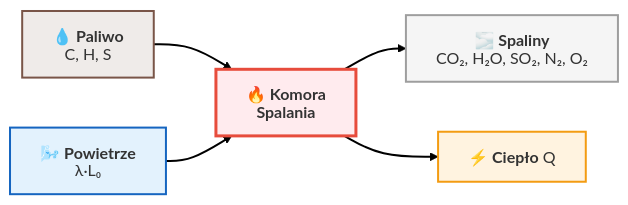
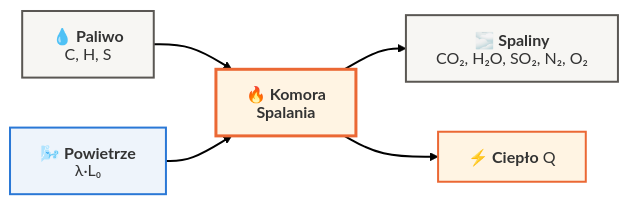
The first of 6 diagrams in Wyklady/15_Spalanie_Egzergia.qmd (moondec/Termodynamika), drawn with Mermaid before and after one commit. The commit also changed other lines of this file and 229 other files, not shown here.

````diff
--- a/Wyklady/15_Spalanie_Egzergia.qmd
+++ b/Wyklady/15_Spalanie_Egzergia.qmd
@@ -101,21 +100,21 @@
 ```{mermaid}
 %%| fig-align: center
 
 %%{init: {'theme': 'default', 'flowchart': {'htmlLabels': false, 'wrappingWidth': 400, 'subGraphTitleMargin': {'top': 6, 'bottom': 16}}, 'themeVariables': {'fontSize': '16px', 'fontFamily': 'Arial, Helvetica, sans-serif'}, 'htmlLabels': false}}%%
 flowchart LR
     P["`💧 **Paliwo**
 C, H, S`"] --> K["`🔥 **Komora**
 **Spalania**`"]
     POW["`🌬️ **Powietrze**
 λ·L₀`"] --> K
     K --> SP["`🌫️ **Spaliny**
 CO₂, H₂O, SO₂, N₂, O₂`"]
     K --> Q["`⚡ **Ciepło** Q`"]
-    
-    style P fill:#efebe9,stroke:#795548,stroke-width:2px
-    style POW fill:#e3f2fd,stroke:#1565c0,stroke-width:2px
-    style K fill:#ffebee,stroke:#e74c3c,stroke-width:3px
-    style SP fill:#f5f5f5,stroke:#9e9e9e,stroke-width:2px
-    style Q fill:#fff3e0,stroke:#f39c12,stroke-width:2px
+
+    style P fill:#f7f6f3,stroke:#5a5753,stroke-width:2px
+    style POW fill:#eef4fb,stroke:#2a78d6,stroke-width:2px
+    style K fill:#fff4e3,stroke:#eb6834,stroke-width:3px
+    style SP fill:#f7f6f3,stroke:#5a5753,stroke-width:2px
+    style Q fill:#fff4e3,stroke:#eb6834,stroke-width:2px
     linkStyle default stroke-width:2px,fill:none,stroke:black
 ```
````
